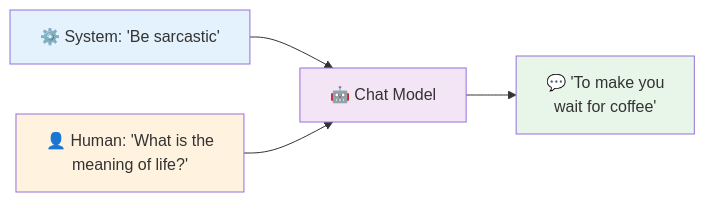
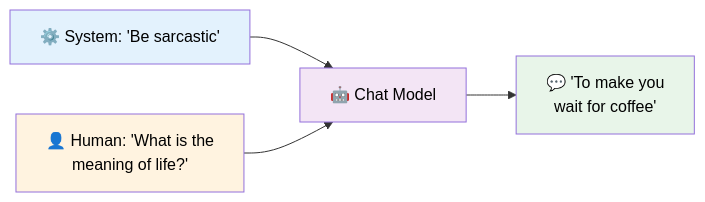
The second of 3 diagrams in 04_chat_models/README.md (remolaan/Agentic-AI-Cookbook), drawn with Mermaid before and after one commit. The commit also changed other lines of this file and 45 other files, not shown here.

Commit message:
Fix Mermaid diagram text colors for readability across all READMEs

````diff
--- a/04_chat_models/README.md
+++ b/04_chat_models/README.md
@@ -58,10 +58,10 @@
 ```mermaid
 flowchart LR
     S["⚙️ System: 'Be sarcastic'"] --> M["🤖 Chat Model"]
     H["👤 Human: 'What is the<br/>meaning of life?'"] --> M
     M --> A["💬 'To make you<br/>wait for coffee'"]
-    style S fill:#e3f2fd
-    style H fill:#fff3e0
-    style M fill:#f3e5f5
-    style A fill:#e8f5e9
+    style S fill:#e3f2fd,color:#000000
+    style H fill:#fff3e0,color:#000000
+    style M fill:#f3e5f5,color:#000000
+    style A fill:#e8f5e9,color:#000000
 ```
````
